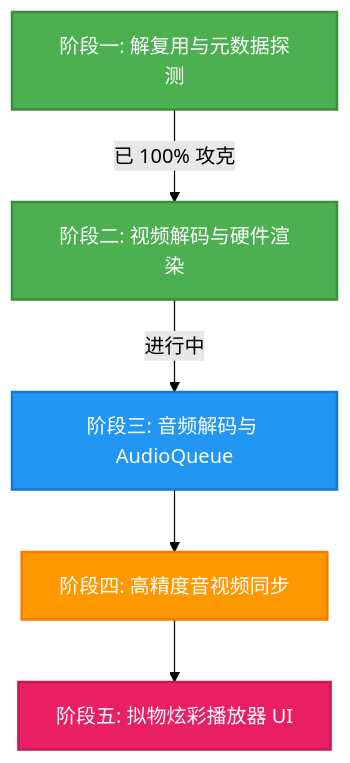
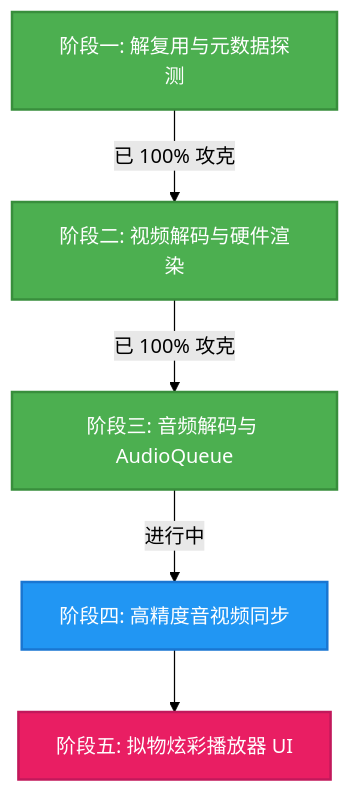
Before and after one commit to dogegg-cc/JJPlayer: the diagram in JJPlayer_Study_Plan.md, drawn with Mermaid (forest theme). The commit also changed other lines of this file, not shown here.

````diff
--- a/JJPlayer_Study_Plan.md
+++ b/JJPlayer_Study_Plan.md
@@ -21,12 +21,12 @@
 ```mermaid
 graph TD
     A[阶段一: 解复用与元数据探测] -->|已 100% 攻克| B[阶段二: 视频解码与硬件渲染]
-    B -->|进行中| C[阶段三: 音频解码与 AudioQueue]
-    C --> D[阶段四: 高精度音视频同步]
+    B -->|已 100% 攻克| C[阶段三: 音频解码与 AudioQueue]
+    C -->|进行中| D[阶段四: 高精度音视频同步]
     D --> E[阶段五: 拟物炫彩播放器 UI]
     style A fill:#4CAF50,stroke:#388E3C,stroke-width:2px,color:#fff
     style B fill:#4CAF50,stroke:#388E3C,stroke-width:2px,color:#fff
-    style C fill:#2196F3,stroke:#1976D2,stroke-width:2px,color:#fff
-    style D fill:#FF9800,stroke:#F57C00,stroke-width:2px,color:#fff
+    style C fill:#4CAF50,stroke:#388E3C,stroke-width:2px,color:#fff
+    style D fill:#2196F3,stroke:#1976D2,stroke-width:2px,color:#fff
     style E fill:#E91E63,stroke:#C2185B,stroke-width:2px,color:#fff
 ```
````
